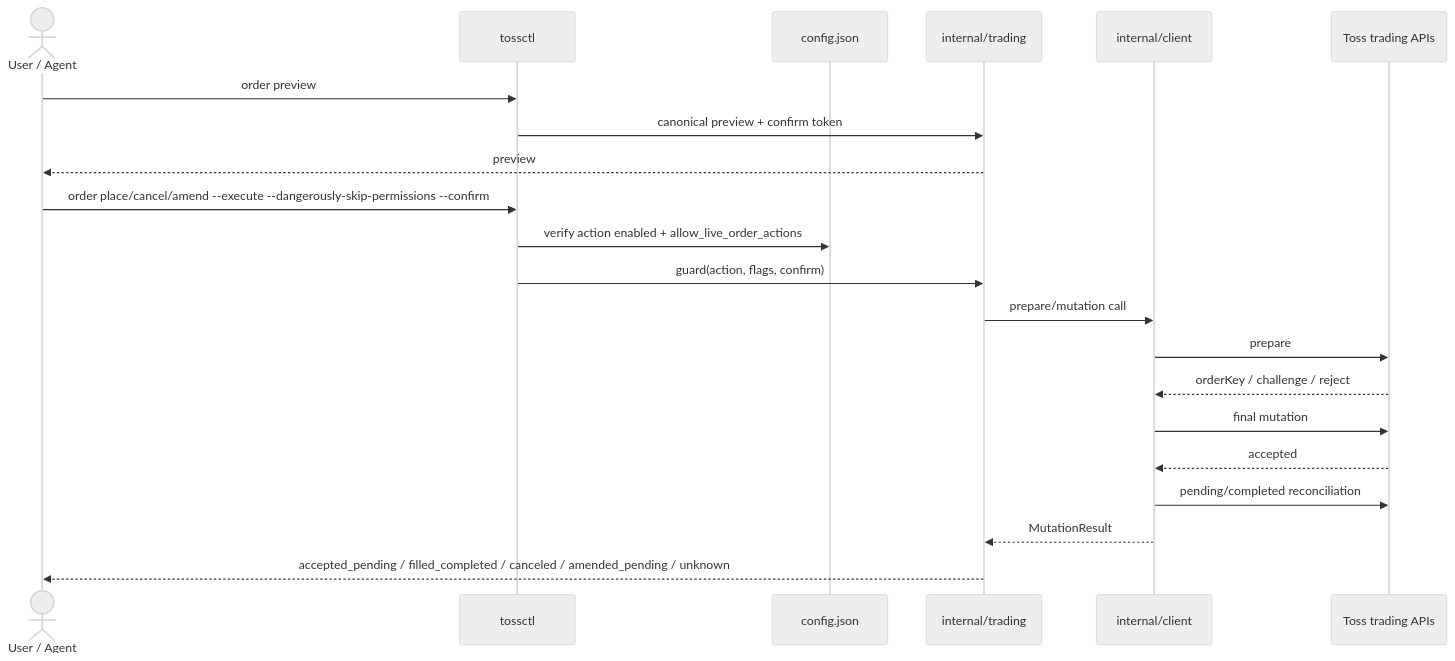
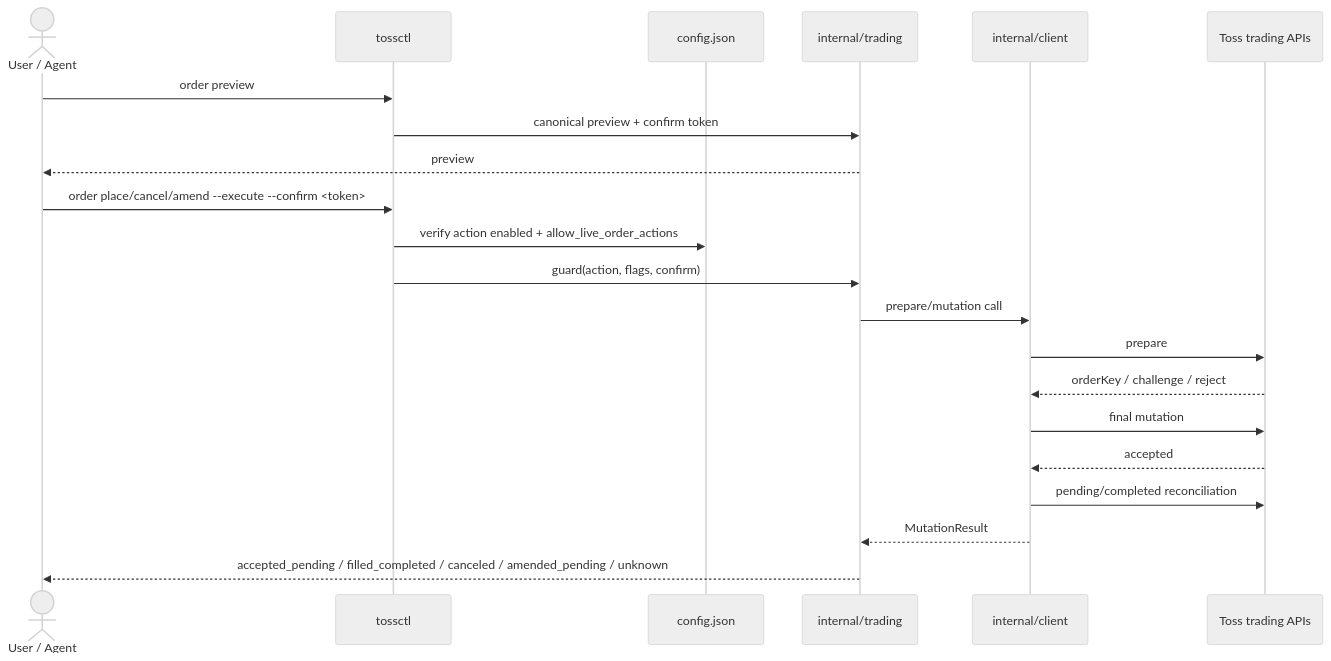
One commit to thsvkd/tossinvest-cli changed the sixth of 6 diagrams in docs/architecture.md. Above: the diagram before and after it, drawn with Mermaid (neutral theme). The commit also changed other lines of this file and 10 other files, not shown here.

First line of the commit message:
refactor(safety): 거래 런타임 게이트 정리 + 용어 수정 + mermaid 도식

````diff
--- a/docs/architecture.md
+++ b/docs/architecture.md
@@ -171,25 +171,25 @@
 ```mermaid
 sequenceDiagram
     actor Caller as User / Agent
     participant CLI as tossctl
     participant Config as config.json
     participant Trading as internal/trading
     participant Client as internal/client
     participant API as Toss trading APIs
 
     Caller->>CLI: order preview
     CLI->>Trading: canonical preview + confirm token
     Trading-->>Caller: preview
 
-    Caller->>CLI: order place/cancel/amend --execute --dangerously-skip-permissions --confirm
+    Caller->>CLI: order place/cancel/amend --execute --confirm <token>
     CLI->>Config: verify action enabled + allow_live_order_actions
     CLI->>Trading: guard(action, flags, confirm)
     Trading->>Client: prepare/mutation call
     Client->>API: prepare
     API-->>Client: orderKey / challenge / reject
     Client->>API: final mutation
     API-->>Client: accepted
     Client->>API: pending/completed reconciliation
     Client-->>Trading: MutationResult
     Trading-->>Caller: accepted_pending / filled_completed / canceled / amended_pending / unknown
 ```
````
